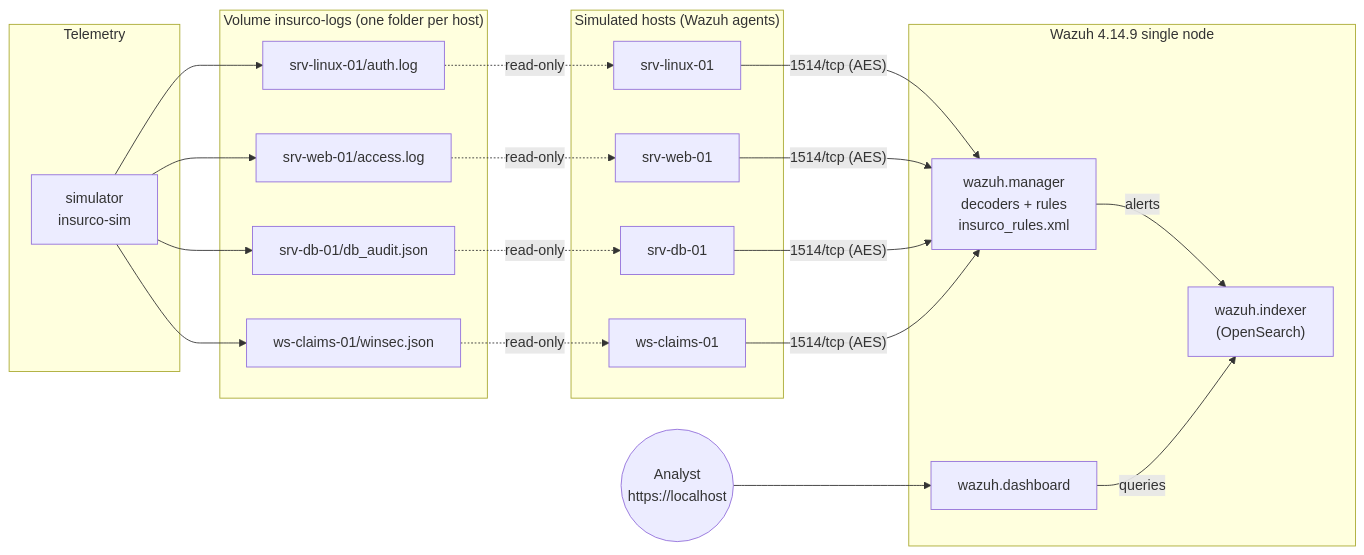
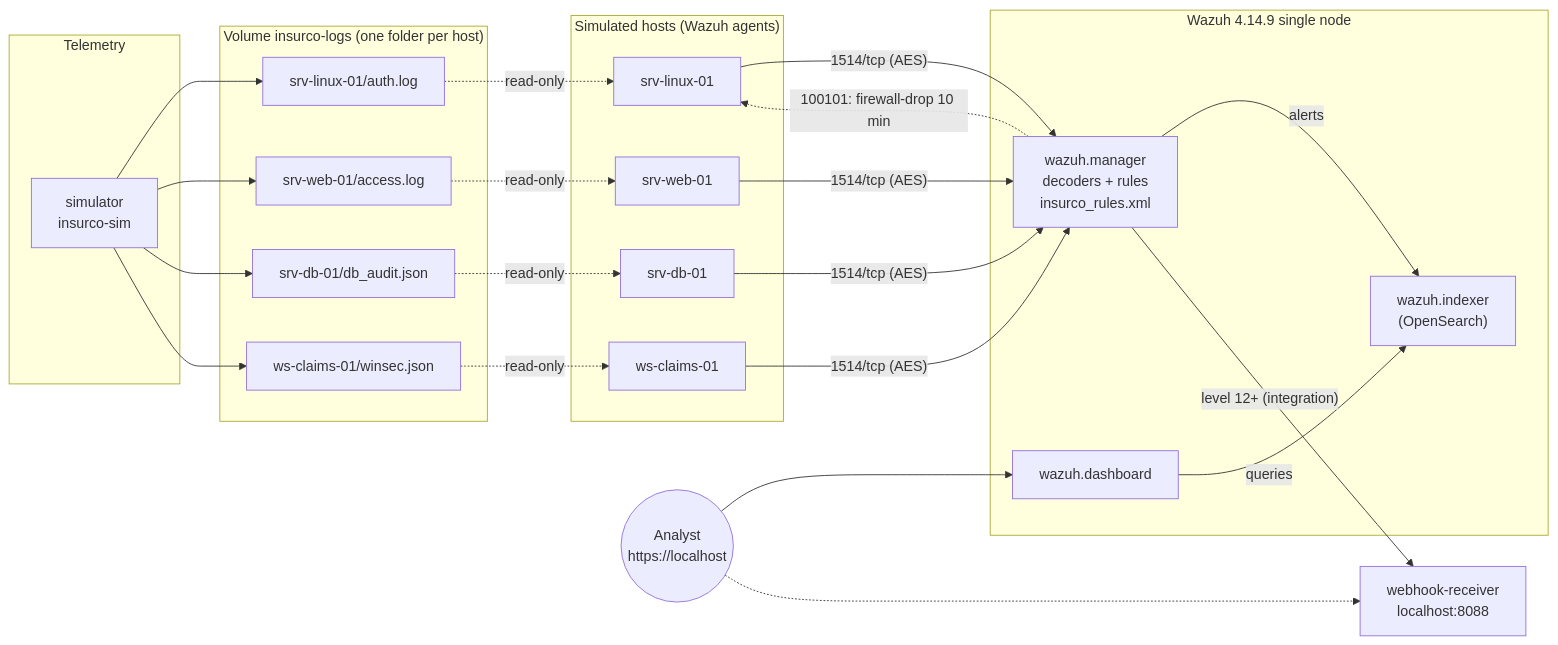
The diagram in docs/architecture.md (arixstoo/insurance-soc-lab), drawn with Mermaid before and after one commit. The commit also changed other lines of this file and 6 other files, not shown here.

Commit message:
docs: phase 6 - response flow (sequence diagram), runbooks, active response

````diff
--- a/docs/architecture.md
+++ b/docs/architecture.md
@@ -3,32 +3,35 @@
 ```mermaid
 flowchart LR
     subgraph sim["Telemetry"]
         S["simulator<br/>insurco-sim"]
     end
     subgraph vol["Volume insurco-logs (one folder per host)"]
         L1["srv-linux-01/auth.log"]
         L2["srv-web-01/access.log"]
         L3["srv-db-01/db_audit.json"]
         L4["ws-claims-01/winsec.json"]
     end
     subgraph hosts["Simulated hosts (Wazuh agents)"]
         A1["srv-linux-01"]
         A2["srv-web-01"]
         A3["srv-db-01"]
         A4["ws-claims-01"]
     end
     subgraph siem["Wazuh 4.14.9 single node"]
         M["wazuh.manager<br/>decoders + rules<br/>insurco_rules.xml"]
         I["wazuh.indexer<br/>(OpenSearch)"]
         D["wazuh.dashboard"]
     end
     S --> L1 & L2 & L3 & L4
     L1 -. read-only .-> A1
     L2 -. read-only .-> A2
     L3 -. read-only .-> A3
     L4 -. read-only .-> A4
     A1 & A2 & A3 & A4 -- "1514/tcp (AES)" --> M
     M -- alerts --> I
     D -- queries --> I
     U(("Analyst<br/>https://localhost")) --> D
+    M -- "level 12+ (integration)" --> W["webhook-receiver<br/>localhost:8088"]
+    U -.-> W
+    M -. "100101: firewall-drop 10 min" .-> A1
 ```
````
